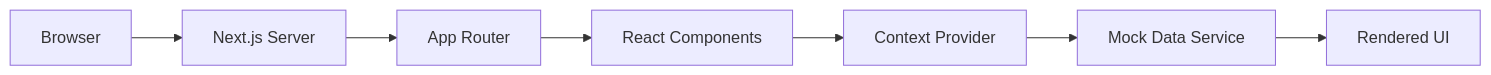
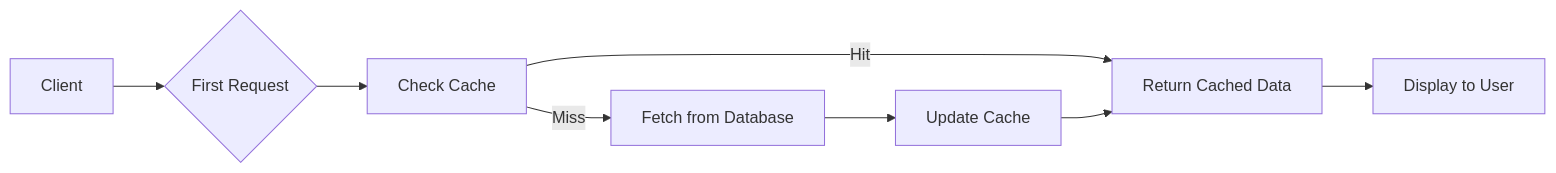
Before and after one commit to BoneTheDeveloper/Electronic-Contact-Contact-Book: the third of 4 diagrams in docs/system-architecture.md, drawn with Mermaid. The commit also changed other lines of this file and 28 other files, not shown here.

````diff
--- a/docs/system-architecture.md
+++ b/docs/system-architecture.md
@@ -156,9 +351,10 @@
 ```mermaid
 graph LR
-    A[Browser] --> B[Next.js Server]
-    B --> C[App Router]
-    C --> D[React Components]
-    D --> E[Context Provider]
-    E --> F[Mock Data Service]
-    F --> G[Rendered UI]
+    A[Client] --> B{First Request}
+    B --> C[Check Cache]
+    C -->|Hit| D[Return Cached Data]
+    C -->|Miss| E[Fetch from Database]
+    E --> F[Update Cache]
+    F --> D
+    D --> G[Display to User]
 ```
````
